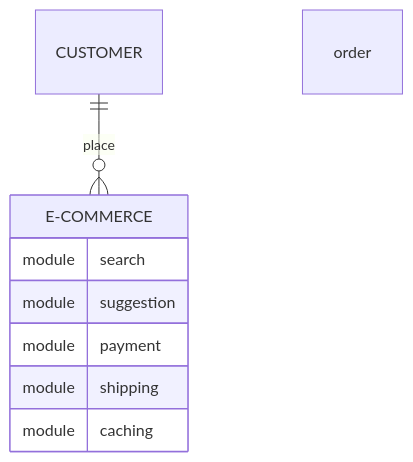
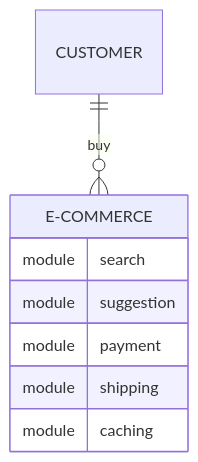
One commit to beezy-cloud/project-pancake changed the first of 2 diagrams in docs/concepts.md. Above: the diagram before and after it, drawn with Mermaid.

````diff
--- a/docs/concepts.md
+++ b/docs/concepts.md
@@ -45,11 +45,11 @@
 ```mermaid
     erDiagram
-    CUSTOMER ||--o{ E-COMMERCE : place order
+    CUSTOMER ||--o{ E-COMMERCE : buy
     E-COMMERCE {
       module search
       module suggestion
       module payment
       module shipping
       module caching
     }
 ```
````
